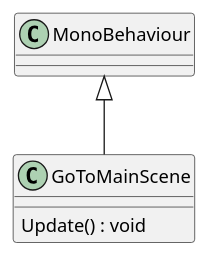
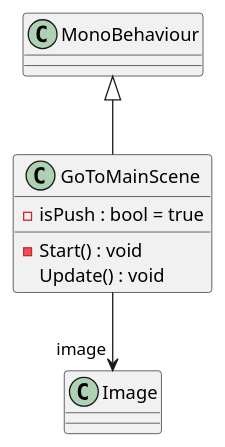
The diagram in Assets/Scripts/plantuml/GoToMainScene.puml (202004g07/UnityShooting), drawn with PlantUML before and after one commit. The commit also changed 23 other files, not shown here.

```diff
--- a/Assets/Scripts/plantuml/GoToMainScene.puml
+++ b/Assets/Scripts/plantuml/GoToMainScene.puml
@@ -1,6 +1,9 @@
 @startuml
 class GoToMainScene {
+    - isPush : bool = true
+    - Start() : void
     Update() : void
 }
 MonoBehaviour <|-- GoToMainScene
+GoToMainScene --> "image" Image
 @enduml
```
